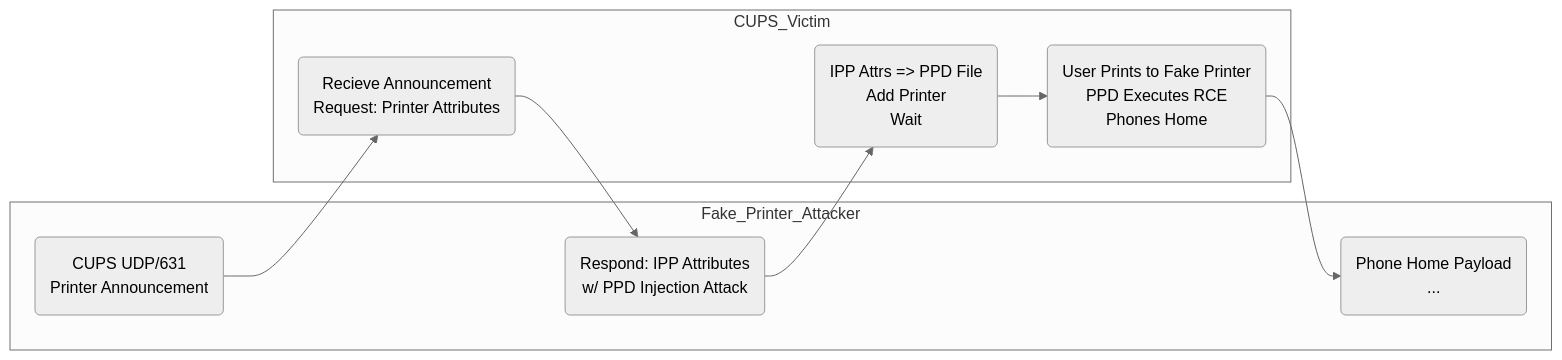
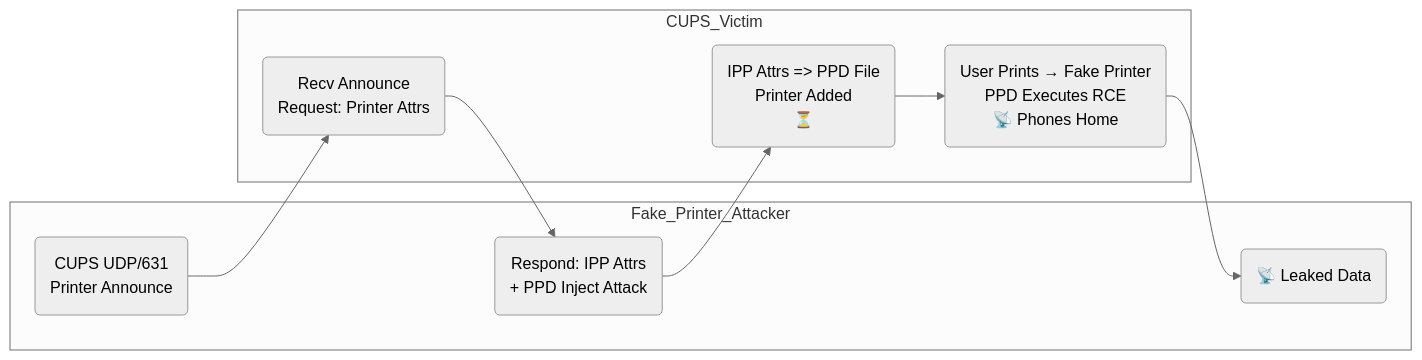
One commit to g0t4/examples changed the diagram in vms/printz/servers/diagram.md. Above: the diagram before and after it, drawn with Mermaid (neutral theme).

Commit message:
shorten up

````diff
--- a/vms/printz/servers/diagram.md
+++ b/vms/printz/servers/diagram.md
@@ -2,39 +2,34 @@
 ```mermaid
 flowchart LR
 
     subgraph Fake_Printer_Attacker
         
         A(CUPS UDP/631 
-            Printer Announcement)
-        C(Respond: IPP Attributes
-            w/ PPD Injection Attack)
+            Printer Announce)
+        C(Respond: IPP Attrs
+            + PPD Inject Attack)
 
-        F(Phone Home Payload 
-            ...)
+        F(📡 Leaked Data)
     end
 
 
     subgraph CUPS_Victim
-        B(Recieve Announcement
-            Request: Printer Attributes)
+        B(Recv Announce
+            Request: Printer Attrs)
         D(IPP Attrs => PPD File
-            Add Printer
-            Wait)
+            Printer Added
+            ⏳)
 
-        E(User Prints to Fake Printer
+        E(User Prints → Fake Printer
             PPD Executes RCE
-            Phones Home)
+            📡 Phones Home)
     end
 
 
     A --> B
     B --> C
     C --> D
     D --> E
     E --> F
 
-
-
-
-
 ```
````
